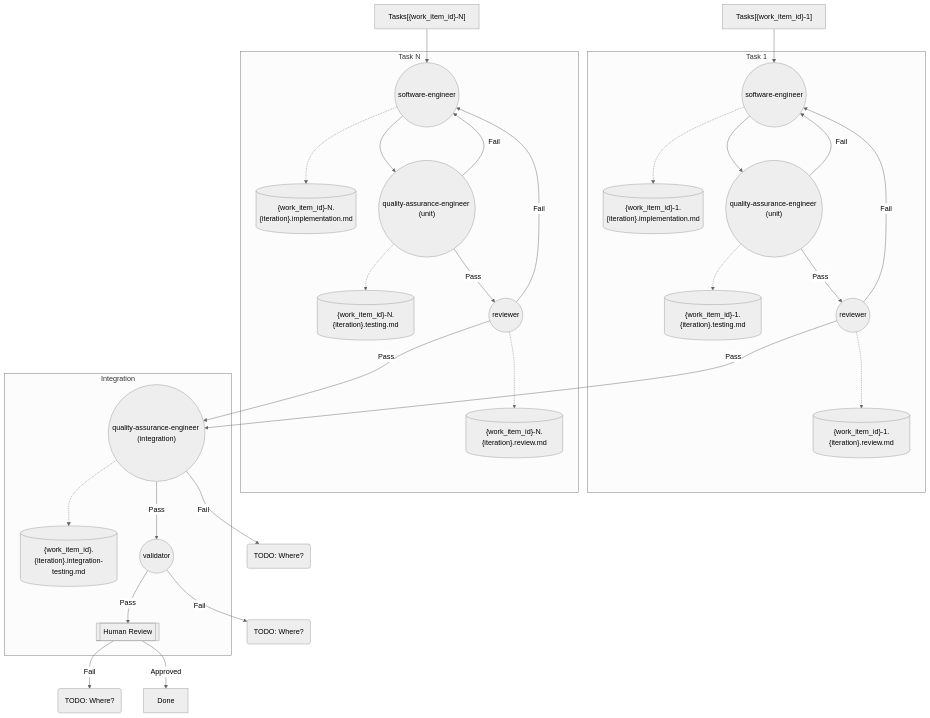
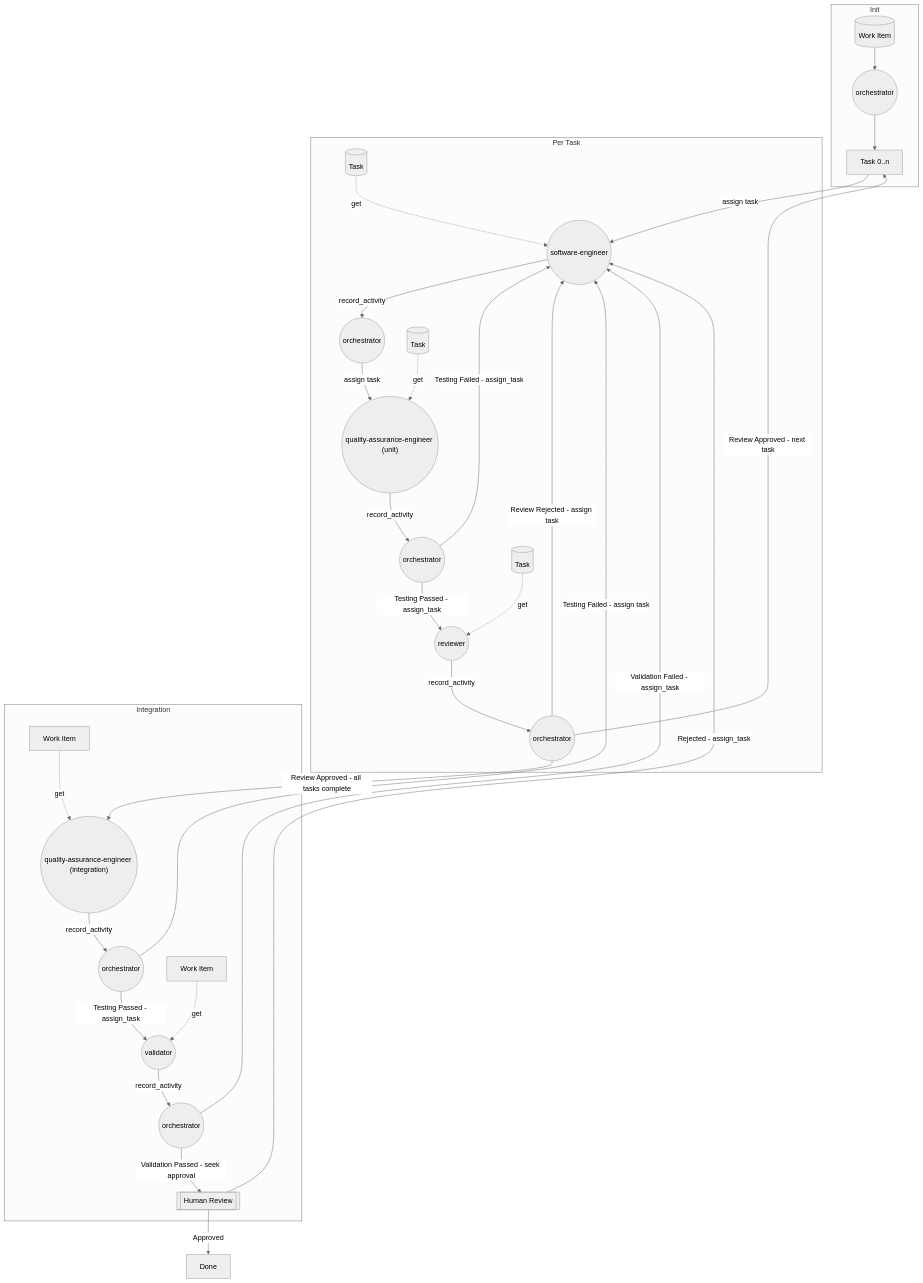
Before and after one commit to synonms/satisfactory: the second of 2 diagrams in NOTES.md, drawn with Mermaid (neutral theme). The commit also changed other lines of this file and 3 other files, not shown here.

````diff
--- a/NOTES.md
+++ b/NOTES.md
@@ -281,53 +276,65 @@
 ```mermaid
 flowchart TD
-  subgraph Task 1
-    SOFTWARE_ENGINEER_1(("software-engineer"))
-    HO_IMPLEMENTATION_1[("{work_item_id}-1.{iteration}.implementation.md")]
-    QA_ENGINEER_1(("quality-assurance-engineer (unit)"))
-    HO_TESTING_1[("{work_item_id}-1.{iteration}.testing.md")]
-    REVIEWER_1(("reviewer"))
-    HO_REVIEW_1[("{work_item_id}-1.{iteration}.review.md")]
+  subgraph Init
+    WORK_ITEM[("Work Item")]   
+    ORCHESTRATOR(("orchestrator"))
+    FOREACH_TASK["Task 0..n"]
   end
-  subgraph Task N
-    SOFTWARE_ENGINEER_N(("software-engineer"))
-    HO_IMPLEMENTATION_N[("{work_item_id}-N.{iteration}.implementation.md")]
-    QA_ENGINEER_N(("quality-assurance-engineer (unit)"))
-    HO_TESTING_N[("{work_item_id}-N.{iteration}.testing.md")]
-    REVIEWER_N(("reviewer"))
-    HO_REVIEW_N[("{work_item_id}-N.{iteration}.review.md")]
+  subgraph Per Task
+    SWE_GET_TASK[("Task")]
+    SOFTWARE_ENGINEER(("software-engineer"))
+    HO_SWE_ORCHESTRATOR(("orchestrator"))
+
+    QAE_GET_TASK[("Task")]
+    QA_ENGINEER(("quality-assurance-engineer (unit)"))
+    HO_QAE_ORCHESTRATOR(("orchestrator"))
+
+    REV_GET_TASK[("Task")]
+    REVIEWER(("reviewer"))
+    HO_REV_ORCHESTRATOR(("orchestrator"))
   end
   subgraph Integration
+    INT_GET_WORK_ITEM["Work Item"]
     INTEGRATION_QA_ENGINEER(("quality-assurance-engineer (integration)"))
-    HO_INTEGRATION_TESTING[("{work_item_id}.{iteration}.integration-testing.md")]
+    HO_INT_ORCHESTRATOR(("orchestrator"))
+
+    VAL_GET_WORK_ITEM["Work Item"]
     VALIDATOR(("validator"))
+    HO_VAL_ORCHESTRATOR(("orchestrator"))
+
     HUMAN[["Human Review"]]
   end
-  TASK1_START["Tasks[{work_item_id}-1]"] --> SOFTWARE_ENGINEER_1
-  SOFTWARE_ENGINEER_1 -.-> HO_IMPLEMENTATION_1
-  SOFTWARE_ENGINEER_1 --> QA_ENGINEER_1
-  QA_ENGINEER_1 -.-> HO_TESTING_1
-  QA_ENGINEER_1 -->|Fail| SOFTWARE_ENGINEER_1
-  QA_ENGINEER_1 -->|Pass| REVIEWER_1
-  REVIEWER_1 -.-> HO_REVIEW_1
-  REVIEWER_1 -->|Fail| SOFTWARE_ENGINEER_1
-  REVIEWER_1 -->|Pass| INTEGRATION_QA_ENGINEER
+  WORK_ITEM --> ORCHESTRATOR
+  ORCHESTRATOR --> FOREACH_TASK
+  
+  FOREACH_TASK -->|assign task| SOFTWARE_ENGINEER
+  SWE_GET_TASK -.->|get| SOFTWARE_ENGINEER
+  SOFTWARE_ENGINEER -->|record_activity| HO_SWE_ORCHESTRATOR
 
-  TASKN_START["Tasks[{work_item_id}-N]"] --> SOFTWARE_ENGINEER_N
-  SOFTWARE_ENGINEER_N -.-> HO_IMPLEMENTATION_N
-  SOFTWARE_ENGINEER_N --> QA_ENGINEER_N
-  QA_ENGINEER_N -.-> HO_TESTING_N
-  QA_ENGINEER_N -->|Fail| SOFTWARE_ENGINEER_N
-  QA_ENGINEER_N -->|Pass| REVIEWER_N
-  REVIEWER_N -.-> HO_REVIEW_N
-  REVIEWER_N -->|Fail| SOFTWARE_ENGINEER_N
-  REVIEWER_N -->|Pass| INTEGRATION_QA_ENGINEER
+  HO_SWE_ORCHESTRATOR -->|assign task| QA_ENGINEER  
+  QAE_GET_TASK -.->|get| QA_ENGINEER
+  QA_ENGINEER -->|record_activity| HO_QAE_ORCHESTRATOR
 
-  INTEGRATION_QA_ENGINEER -.-> HO_INTEGRATION_TESTING
-  INTEGRATION_QA_ENGINEER -->|Fail| X1(TODO: Where?)
-  INTEGRATION_QA_ENGINEER -->|Pass| VALIDATOR
-  VALIDATOR -->|Fail| X2(TODO: Where?)
-  VALIDATOR -->|Pass| HUMAN
-  HUMAN -->|Fail| X3(TODO: Where?)
+  HO_QAE_ORCHESTRATOR -->|Testing Failed - assign_task| SOFTWARE_ENGINEER
+  HO_QAE_ORCHESTRATOR -->|Testing Passed - assign_task| REVIEWER
+
+  REV_GET_TASK -.->|get| REVIEWER
+  REVIEWER -->|record_activity| HO_REV_ORCHESTRATOR
+
+  HO_REV_ORCHESTRATOR -->|Review Rejected - assign task| SOFTWARE_ENGINEER
+  HO_REV_ORCHESTRATOR -->|Review Approved - next task| FOREACH_TASK
+  HO_REV_ORCHESTRATOR -->|Review Approved - all tasks complete| INTEGRATION_QA_ENGINEER
+
+  INT_GET_WORK_ITEM -.->|get| INTEGRATION_QA_ENGINEER
+  INTEGRATION_QA_ENGINEER -->|record_activity| HO_INT_ORCHESTRATOR
+  HO_INT_ORCHESTRATOR -->|Testing Failed - assign task| SOFTWARE_ENGINEER
+  HO_INT_ORCHESTRATOR -->|Testing Passed - assign_task| VALIDATOR
+
+  VAL_GET_WORK_ITEM -.->|get| VALIDATOR
+  VALIDATOR -->|record_activity| HO_VAL_ORCHESTRATOR
+  HO_VAL_ORCHESTRATOR -->|Validation Failed - assign_task| SOFTWARE_ENGINEER
+  HO_VAL_ORCHESTRATOR -->|Validation Passed - seek approval| HUMAN
+  HUMAN -->|Rejected - assign_task| SOFTWARE_ENGINEER
   HUMAN -->|Approved| DONE["Done"]
 
 ```
````
